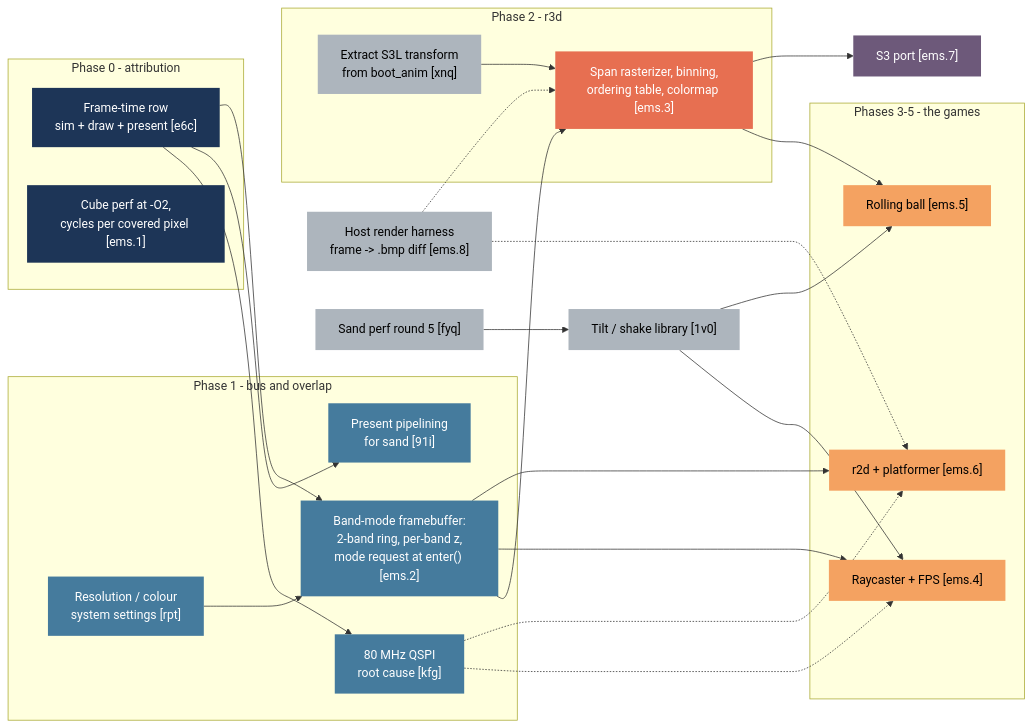
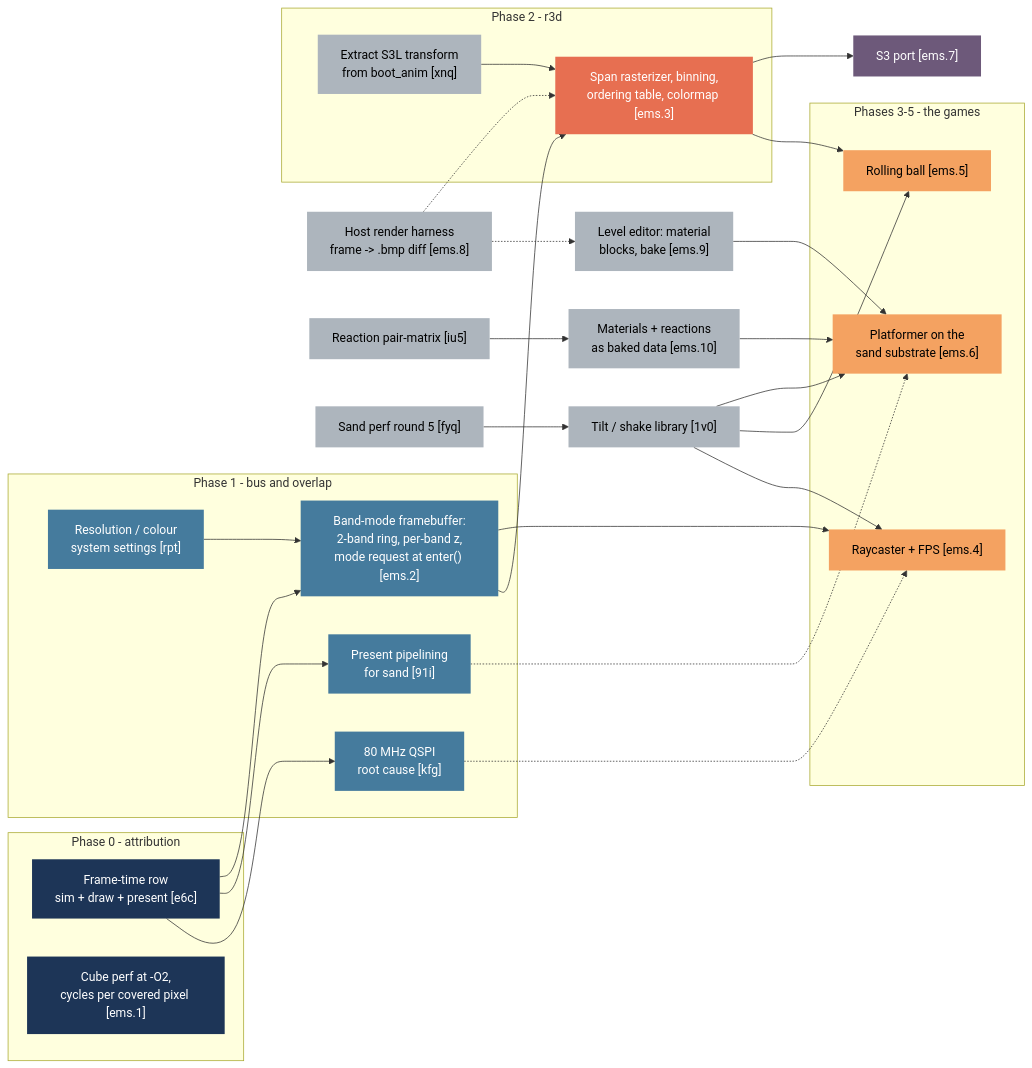
Before and after one commit to jose-villegas/esp32-c6-dev: the first of 2 diagrams in docs/Autana-Rendering-Roadmap.md, drawn with Mermaid. The commit also changed other lines of this file, not shown here.

First line of the commit message:
Run the platformer on the sand automaton

````diff
--- a/docs/Autana-Rendering-Roadmap.md
+++ b/docs/Autana-Rendering-Roadmap.md
@@ -29,52 +29,58 @@
 ```mermaid
 flowchart LR
   classDef done fill:#2d6a4f,color:#fff,stroke:none
   classDef p0 fill:#1d3557,color:#fff,stroke:none
   classDef p1 fill:#457b9d,color:#fff,stroke:none
   classDef p2 fill:#e76f51,color:#fff,stroke:none
   classDef game fill:#f4a261,color:#000,stroke:none
   classDef port fill:#6d597a,color:#fff,stroke:none
   classDef side fill:#adb5bd,color:#000,stroke:none
 
   subgraph P0["Phase 0 - attribution"]
     e6c["Frame-time row<br/>sim + draw + present [e6c]"]:::p0
     ems1["Cube perf at -O2,<br/>cycles per covered pixel [ems.1]"]:::p0
   end
   subgraph P1["Phase 1 - bus and overlap"]
     kfg["80 MHz QSPI<br/>root cause [kfg]"]:::p1
     i91["Present pipelining<br/>for sand [91i]"]:::p1
     ems2["Band-mode framebuffer:<br/>2-band ring, per-band z,<br/>mode request at enter() [ems.2]"]:::p1
     rpt["Resolution / colour<br/>system settings [rpt]"]:::p1
   end
   subgraph P2["Phase 2 - r3d"]
     xnq["Extract S3L transform<br/>from boot_anim [xnq]"]:::side
     ems3["Span rasterizer, binning,<br/>ordering table, colormap [ems.3]"]:::p2
   end
   subgraph G["Phases 3-5 - the games"]
     ems4["Raycaster + FPS [ems.4]"]:::game
     ems5["Rolling ball [ems.5]"]:::game
-    ems6["r2d + platformer [ems.6]"]:::game
+    ems6["Platformer on the<br/>sand substrate [ems.6]"]:::game
   end
   ems7["S3 port [ems.7]"]:::port
   ems8["Host render harness<br/>frame -> .bmp diff [ems.8]"]:::side
+  ems9["Level editor: material<br/>blocks, bake [ems.9]"]:::side
+  ems10["Materials + reactions<br/>as baked data [ems.10]"]:::side
+  iu5["Reaction pair-matrix [iu5]"]:::side
   v10["Tilt / shake library [1v0]"]:::side
   fyq["Sand perf round 5 [fyq]"]:::side
 
   e6c --> kfg
   e6c --> i91
   e6c --> ems2
   rpt --> ems2
   ems2 --> ems3
   xnq --> ems3
   ems2 --> ems4
   v10 --> ems4
   ems3 --> ems5
   v10 --> ems5
-  ems2 --> ems6
+  ems9 --> ems6
+  ems10 --> ems6
+  v10 --> ems6
+  iu5 --> ems10
   ems3 --> ems7
   fyq --> v10
   ems8 -.-> ems3
-  ems8 -.-> ems6
+  ems8 -.-> ems9
   kfg -.-> ems4
-  kfg -.-> ems6
+  i91 -.-> ems6
 ```
````
